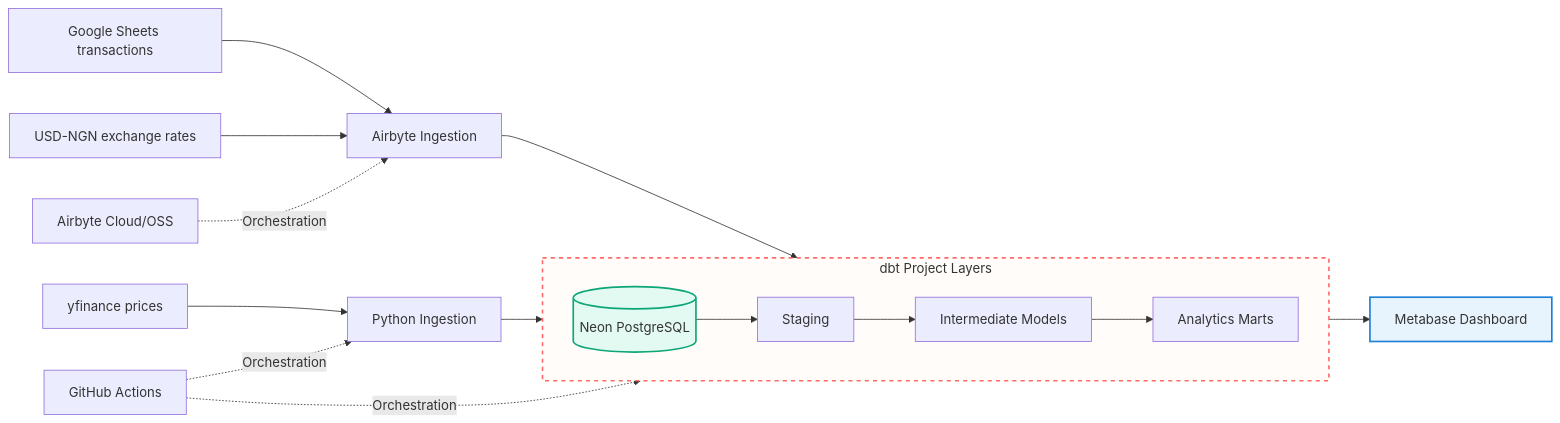
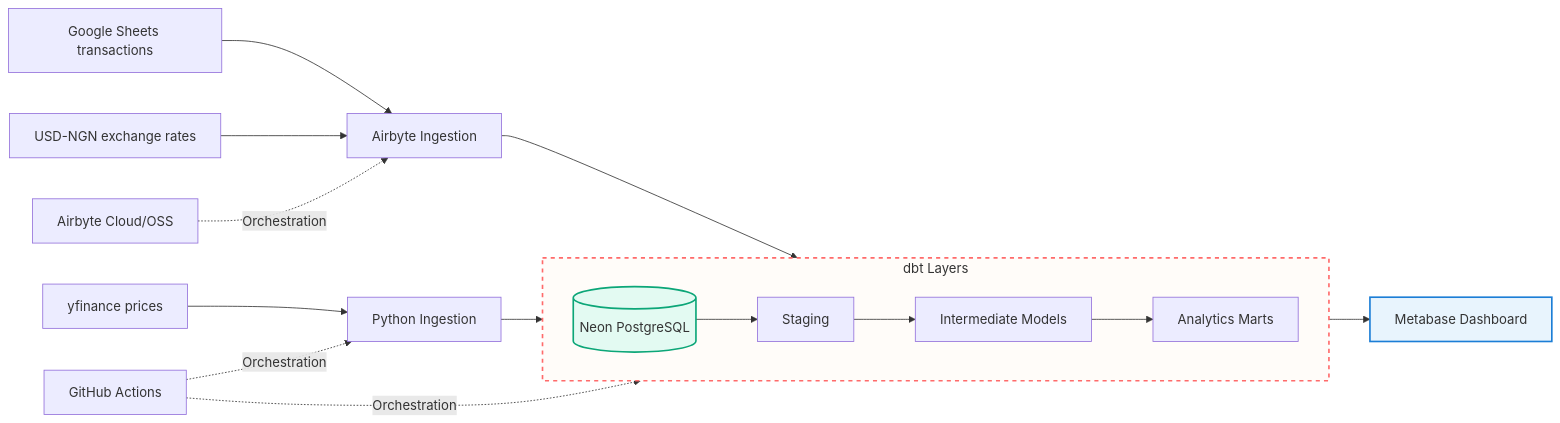
The diagram in README.md (Isaac-Inyang/Portfolio-Pulse), drawn with Mermaid before and after one commit.

````diff
--- a/README.md
+++ b/README.md
@@ -22,32 +22,32 @@
 ```mermaid
 flowchart LR
     %% Data Sources
     A[Google Sheets transactions] --> D[Airbyte Ingestion]
     C[USD-NGN exchange rates] --> D
     B[yfinance prices] --> E[Python Ingestion]
 
     %% Storage
     D --> F[(Neon PostgreSQL)]
     E --> F
 
     %% Orchestration Paths
     L[Airbyte Cloud/OSS] -. Orchestration .-> D
     K[GitHub Actions] -. Orchestration .-> E
     K -. Orchestration .-> dbt
 
     %% The Integrated dbt Project Container
-    subgraph dbt [dbt Project Layers]
+    subgraph dbt [dbt Layers]
         direction LR
         F --> G[Staging]
         G --> H[Intermediate Models]
         H --> I[Analytics Marts]
     end
 
     %% Consumption
     I --> J[Metabase Dashboard]
 
     %% Visual Styling
     style dbt fill:#fffcf9,stroke:#ff6b6b,stroke-width:2px,stroke-dasharray: 5 5
     style F fill:#e3faf2,stroke:#0ca678,stroke-width:2px
     style J fill:#e8f4fd,stroke:#1c7ed6,stroke-width:2px
 ```
````
